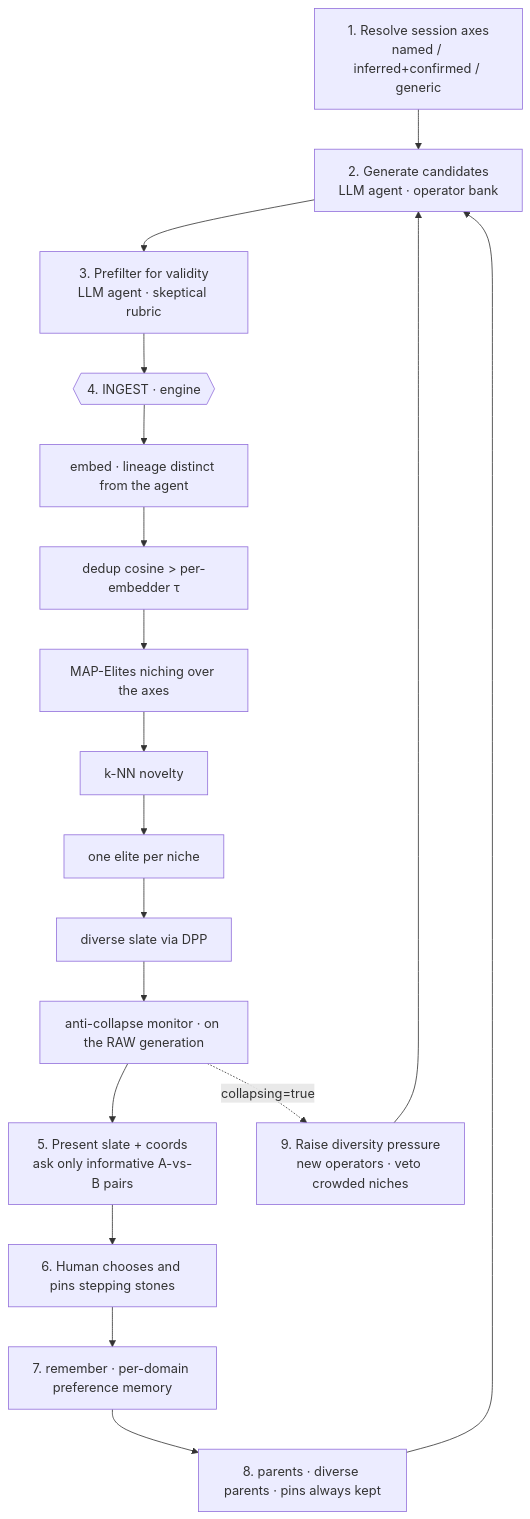
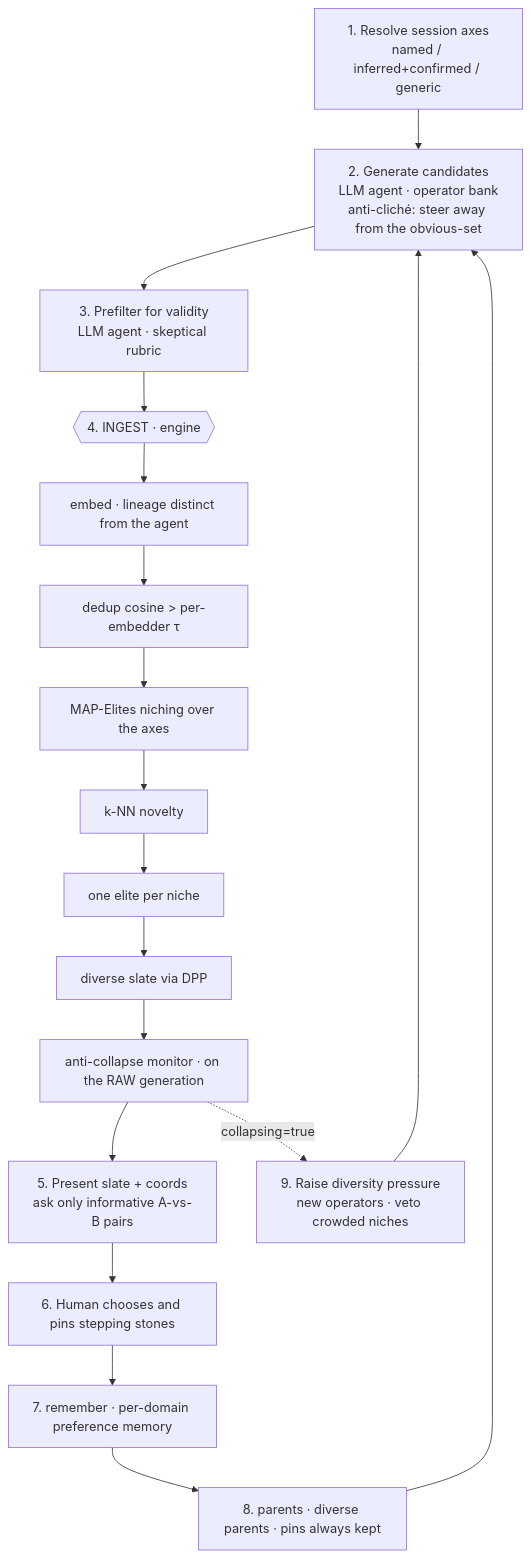
Before and after one commit to sergiparpal/creativity-amplifier: the diagram in docs/PAPER.md, drawn with Mermaid. The commit also changed other lines of this file, not shown here.

````diff
--- a/docs/PAPER.md
+++ b/docs/PAPER.md
@@ -58,20 +60,20 @@
 ```mermaid
 flowchart TD
-    A[1. Resolve session axes<br/>named / inferred+confirmed / generic] --> B[2. Generate candidates<br/>LLM agent · operator bank]
+    A[1. Resolve session axes<br/>named / inferred+confirmed / generic] --> B[2. Generate candidates<br/>LLM agent · operator bank<br/>anti-cliché: steer away from the obvious-set]
     B --> C[3. Prefilter for validity<br/>LLM agent · skeptical rubric]
     C --> D{{4. INGEST · engine}}
     D --> D1[embed · lineage distinct from the agent]
     D1 --> D2[dedup cosine &gt; per-embedder τ]
     D2 --> D3[MAP-Elites niching over the axes]
     D3 --> D4[k-NN novelty]
     D4 --> D5[one elite per niche]
     D5 --> D6[diverse slate via DPP]
     D6 --> D7[anti-collapse monitor · on the RAW generation]
     D7 --> E[5. Present slate + coords<br/>ask only informative A-vs-B pairs]
     E --> F[6. Human chooses and pins stepping stones]
     F --> G[7. remember · per-domain preference memory]
     G --> H[8. parents · diverse parents · pins always kept]
     H --> B
     D7 -. collapsing=true .-> I[9. Raise diversity pressure<br/>new operators · veto crowded niches]
     I --> B
 ```
````
